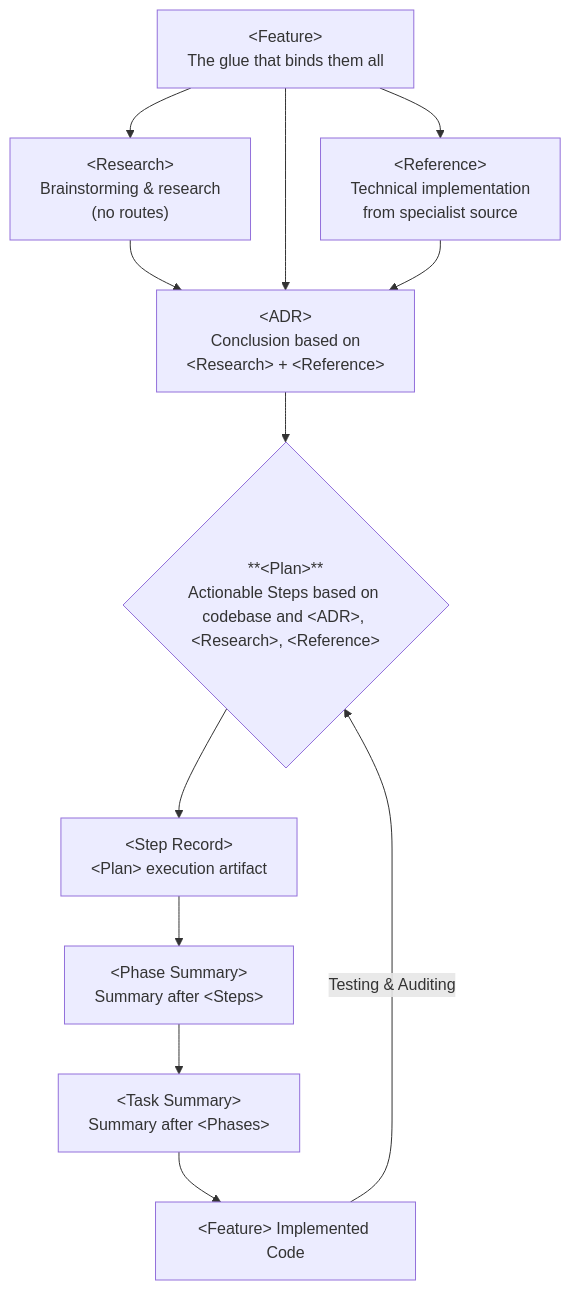
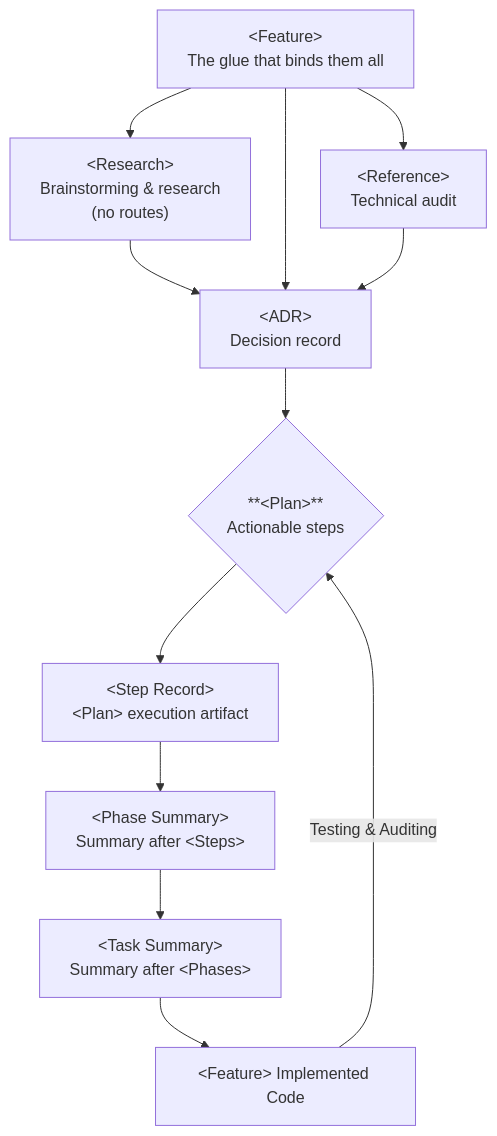
The first of 2 diagrams in .vaultspec/README.md (wgergely/vaultspec-core), drawn with Mermaid before and after one commit. The commit also changed other lines of this file and 48 other files, not shown here.

````diff
--- a/.vaultspec/README.md
+++ b/.vaultspec/README.md
@@ -98,26 +122,26 @@
 ```mermaid
 flowchart TD
     %% Core Nodes
     Feature["&lt;Feature&gt;<br/>The glue that binds them all"]
     Research["&lt;Research&gt;<br/>Brainstorming & research<br/>(no routes)"]
-    Reference["&lt;Reference&gt;<br/>Technical implementation<br/>from specialist source"]
-    ADR["&lt;ADR&gt;<br/>Conclusion based on<br/>&lt;Research&gt; + &lt;Reference&gt;"]
-    Plan{"**&lt;Plan&gt;**<br/>Actionable Steps based on codebase and &lt;ADR&gt;, &lt;Research&gt;, &lt;Reference&gt;"}
+    Reference["&lt;Reference&gt;<br/>Technical audit"]
+    ADR["&lt;ADR&gt;<br/>Decision record"]
+    Plan{"**&lt;Plan&gt;**<br/>Actionable steps"}
     StepRecord["&lt;Step Record&gt;<br/>&lt;Plan&gt; execution artifact"]
     PhaseSummary["&lt;Phase Summary&gt;<br/>Summary after &lt;Steps&gt;"]
     TaskSummary["&lt;Task Summary&gt;<br/>Summary after &lt;Phases&gt;"]
     FinalFeature["&lt;Feature&gt; Implemented Code"]
 
     %% Relationships
     Feature --> Research
     Feature --> Reference
     Research --> ADR
     Feature --> ADR
     Reference --> ADR
     ADR --> Plan
     Plan --> StepRecord
     StepRecord --> PhaseSummary
     PhaseSummary --> TaskSummary
     TaskSummary --> FinalFeature
     FinalFeature -- Testing & Auditing --> Plan
 ```
````
